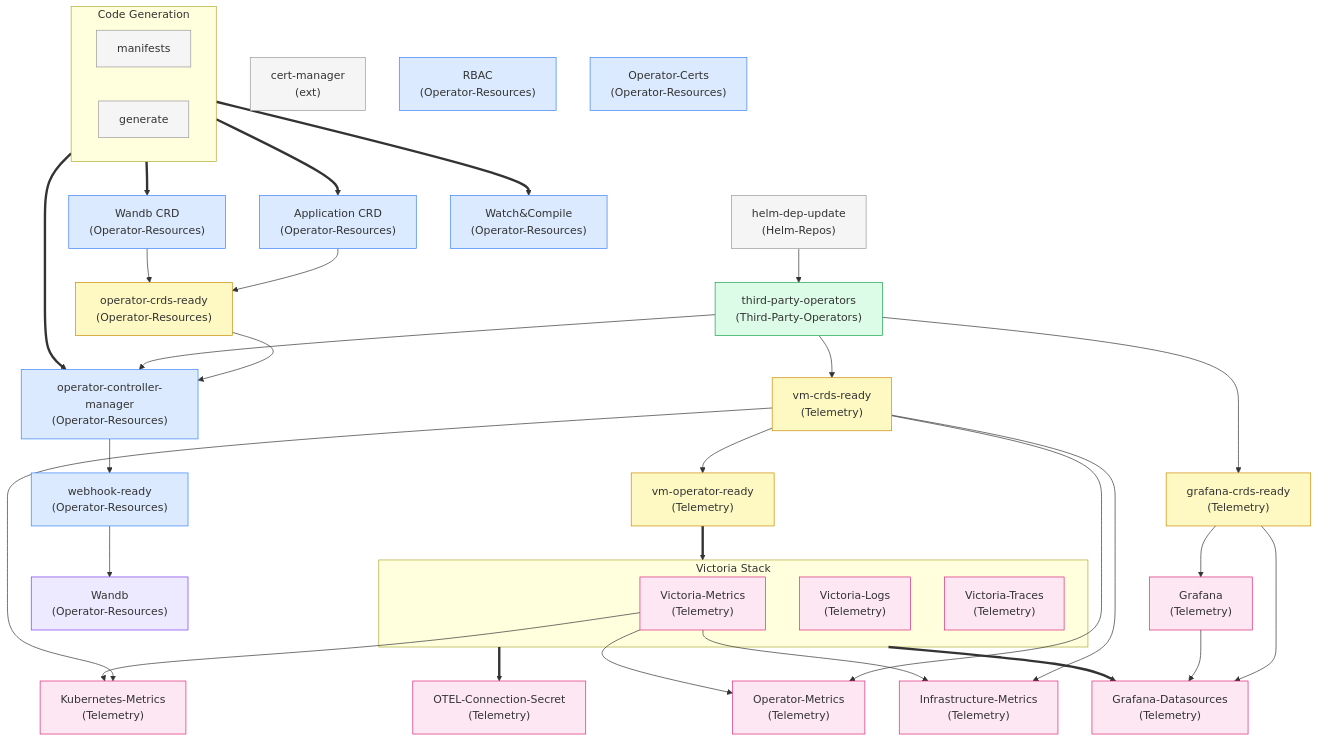
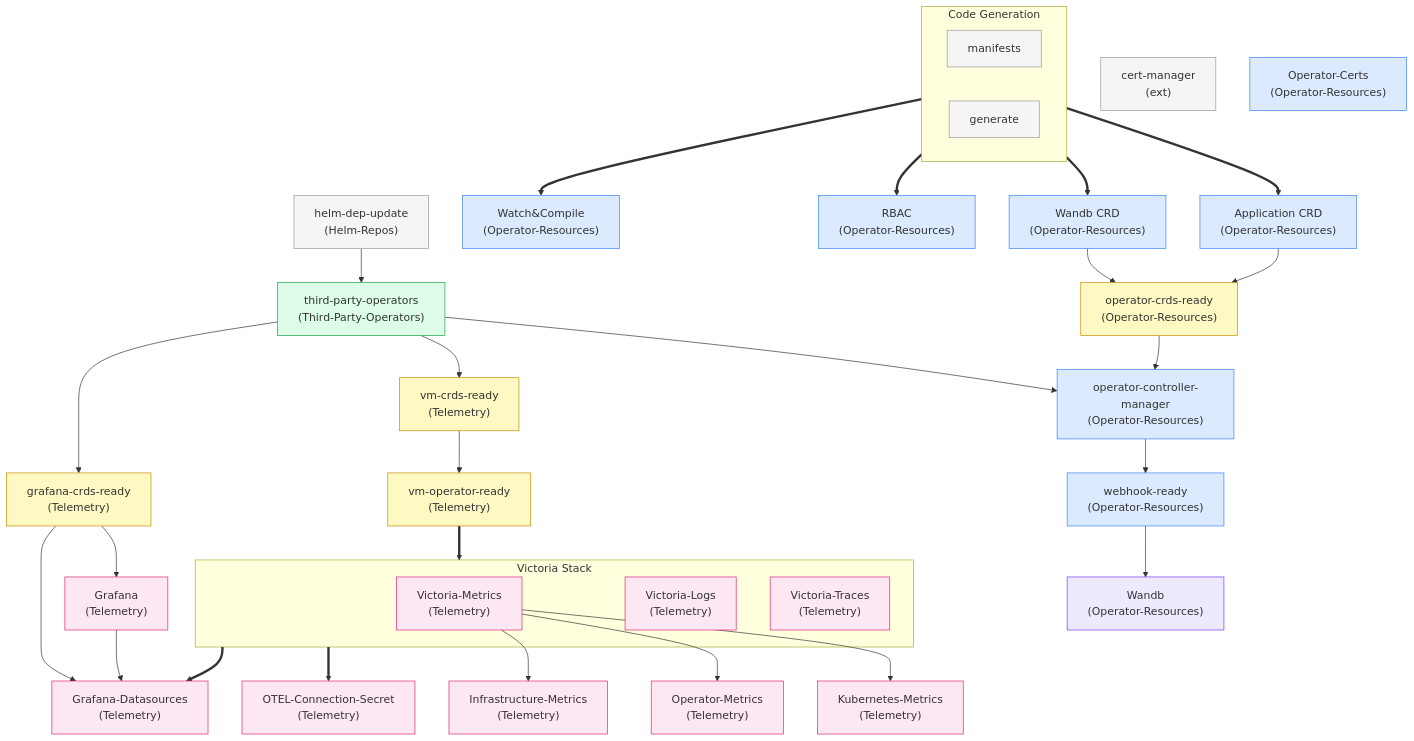
One commit to wandb/operator changed the diagram in docs/design/wandb_v2/tilt.md. Above: the diagram before and after it, drawn with Mermaid.

Commit message:
docs: regenerate Tilt dependency graph from current Tiltfile
- Add codegen ==> rbac (RBAC gained manifests/generate deps)
- Remove codegen ==> controller (dep dropped as transitive via operator-crds-ready)
- Remove vm_crds --> kube_metrics/op_metrics/infra_metrics (deps dropped as transitive)
- Fix Victoria Stack section comment

```diff
--- a/docs/design/wandb_v2/tilt.md
+++ b/docs/design/wandb_v2/tilt.md
@@ -86,6 +86,7 @@
     operator_certs["Operator-Certs\n(Operator-Resources)"]
     codegen ==> app_crd
     codegen ==> wandb_crd
+    codegen ==> rbac
 
     %% ── CRD Readiness Gate ─────────────────────────────────────────
     crds_ready["operator-crds-ready\n(Operator-Resources)"]
@@ -96,7 +97,6 @@
     watch_compile["Watch&Compile\n(Operator-Resources)"]
     controller["operator-controller-manager\n(Operator-Resources)"]
     codegen     ==> watch_compile
-    codegen     ==> controller
     crds_ready  --> controller
     third_party --> controller
 
@@ -116,7 +116,7 @@
     third_party --> grafana_crds
     vm_crds     --> vm_operator
 
-    %% ── Victoria Metrics Stack ─────────────────────────────────────
+    %% ── Victoria Stack ─────────────────────────────────────────────
     subgraph victoria_stack["Victoria Stack"]
         victoria_metrics["Victoria-Metrics\n(Telemetry)"]
         victoria_logs["Victoria-Logs\n(Telemetry)"]
@@ -130,11 +130,8 @@
     op_metrics["Operator-Metrics\n(Telemetry)"]
     infra_metrics["Infrastructure-Metrics\n(Telemetry)"]
     victoria_stack   ==> otel
-    vm_crds          --> kube_metrics
     victoria_metrics --> kube_metrics
-    vm_crds          --> op_metrics
     victoria_metrics --> op_metrics
-    vm_crds          --> infra_metrics
     victoria_metrics --> infra_metrics
 
     %% ── Grafana Stack ──────────────────────────────────────────────
```
